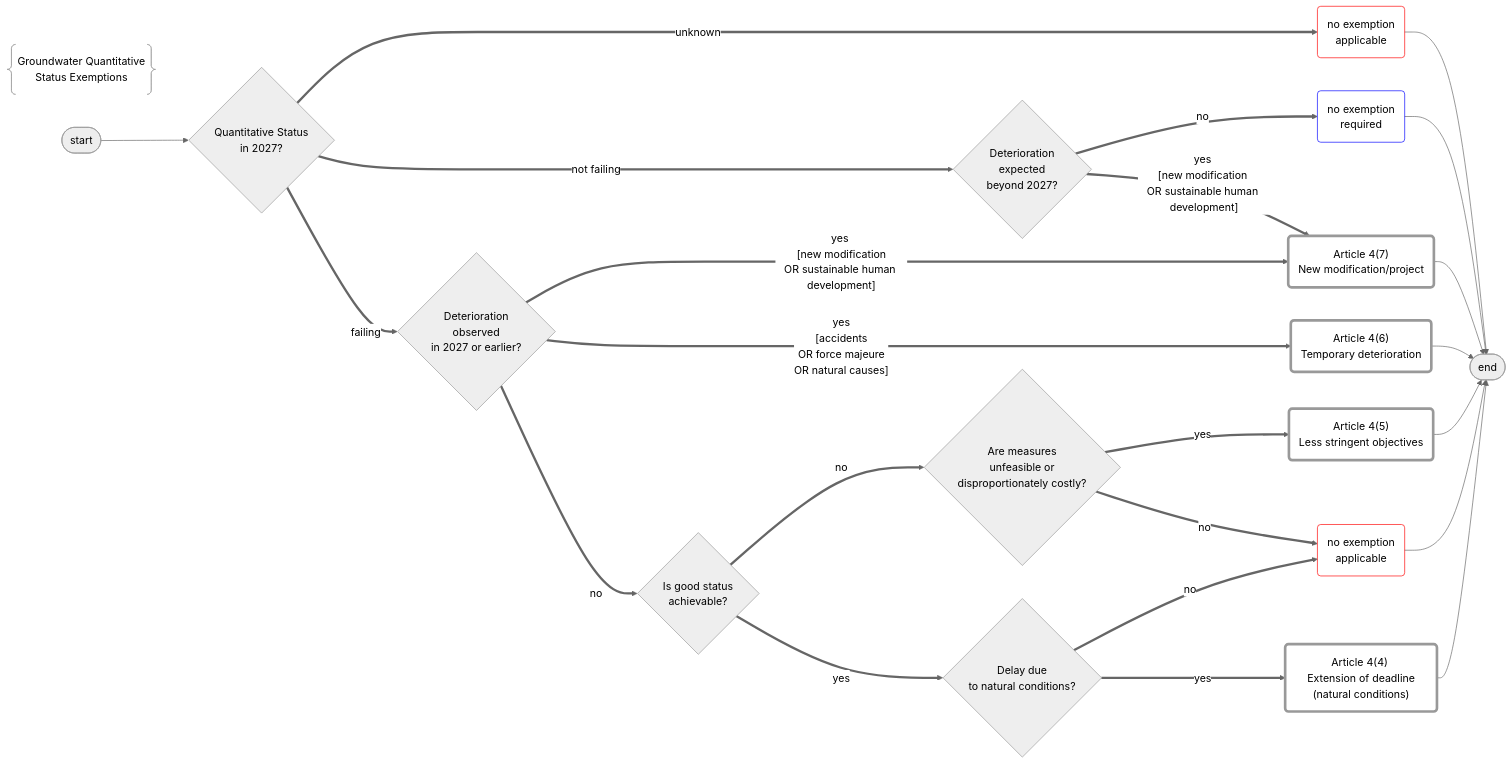
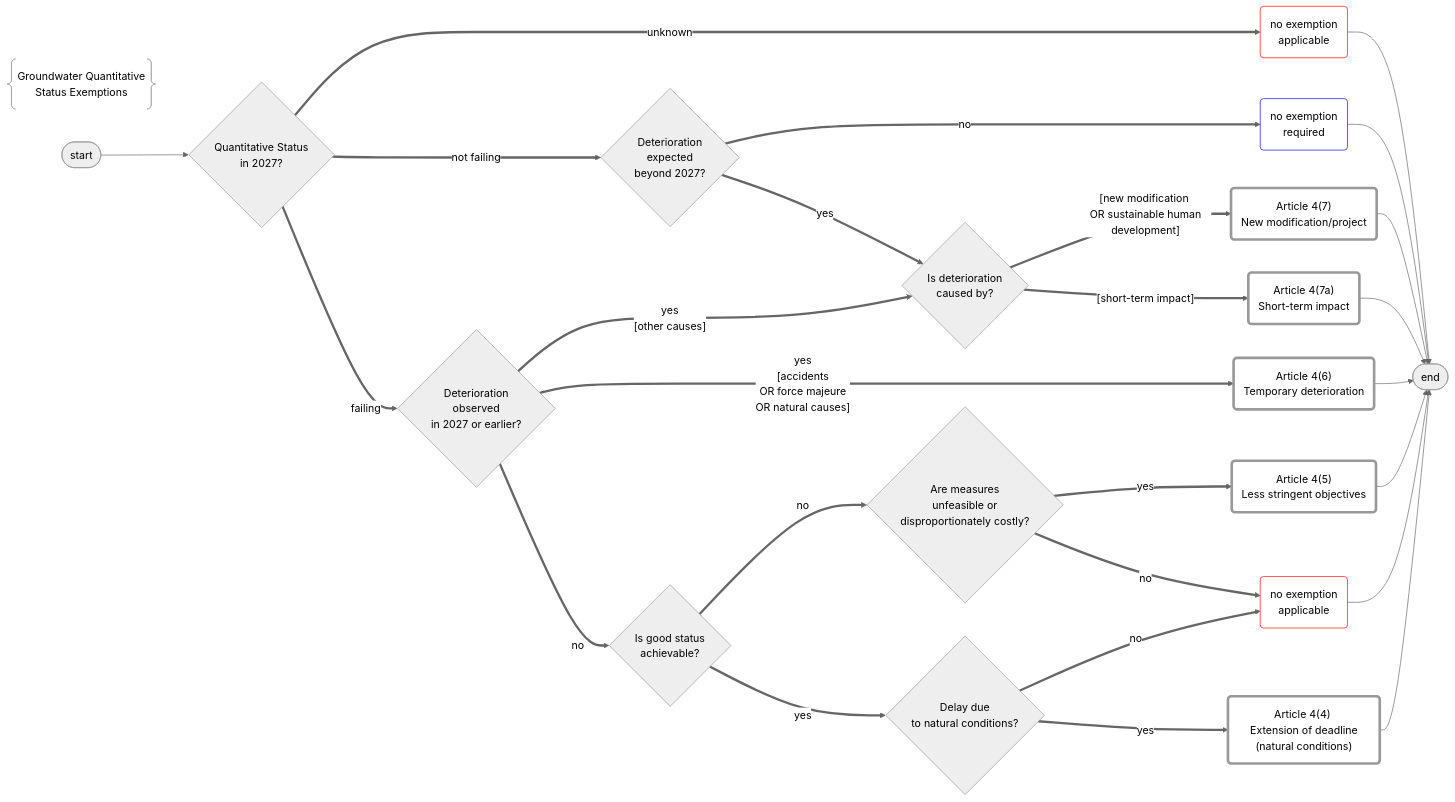
Before and after one commit to eeadata/WISE.WFD.Documentation: the diagram in docs/DataModelReview/mmd/Exemptions_QuantitativeExemption_Flowchart.mmd, drawn with Mermaid. The commit also changed 6 other files, not shown here.

```diff
--- a/docs/DataModelReview/mmd/Exemptions_QuantitativeExemption_Flowchart.mmd
+++ b/docs/DataModelReview/mmd/Exemptions_QuantitativeExemption_Flowchart.mmd
@@ -1,76 +1,81 @@
 %%{init: {'theme': 'neutral'}}%%
 
 flowchart LR
 
 %% Groundwater Quantitative Status Exemptions
 title@{ shape: braces, label: "Groundwater Quantitative <br/>Status Exemptions" }
 
 %% Defining the nodes
 		
 initial([start])
 final([end])
 
 %% duplicate nodeS for just for flowchart readability
 hasNoApplicableExemption_1("no exemption <br/>applicable"):::stateRed
 hasNoApplicableExemption_2("no exemption <br/>required"):::stateBlue
 hasNoApplicableExemption_3("no exemption <br/>applicable"):::stateRed
 
 hasExemption44n("Article 4(4) <br/> Extension of deadline (natural conditions)"):::state
 hasExemption45("Article 4(5) <br/> Less stringent objectives"):::state
 hasExemption46("Article 4(6) <br/> Temporary deterioration"):::state
 hasExemption47("Article 4(7) <br/> New modification/project"):::state
+hasExemption47a("Article 4(7a) <br/> Short-term impact"):::state
 
 %% Defining the decisions
 
 isQuantitativeStatusIn2027{"Quantitative Status <br/>in 2027?"}
 isDeteriorationExpected{"Deterioration <br/>expected <br/>beyond 2027?"}
 isDeteriorationObserved{"Deterioration <br/>observed <br/>in 2027 or earlier?"}
+isDeteriorationCause{"Is deterioration <br/> caused by?"}
 isGoodStatusAchievable{"Is good status <br/>achievable?"}
 isUnfeasibleOrCostly{"Are measures <br/>unfeasible or <br/>disproportionately costly?"}
 isDelayDueToNaturalConditions{"Delay due <br/>to natural conditions?"}
 
 %% Flow to TERMINATORS
 
 initial --> isQuantitativeStatusIn2027
 hasNoApplicableExemption_1 --> final
 hasNoApplicableExemption_2 --> final
 hasNoApplicableExemption_3 --> final
 hasExemption47 --> final 
+hasExemption47a --> final 
 hasExemption46 --> final 
 hasExemption45 --> final 
 hasExemption44n --> final 
 
 %% THE IMPORTANT PART STARTS HERE
 
 %% NO EXEMPTION POSSIBLE - If the status is unknown, then exemptions cannot be reported
 isQuantitativeStatusIn2027 ==>|unknown|hasNoApplicableExemption_1
 
 %% NO EXEMPTION NEEDED - if the status is not failing and no deterioration is expected, then no exemption is needed
 isQuantitativeStatusIn2027 ==>|not failing|isDeteriorationExpected
 isDeteriorationExpected ==>|no|hasNoApplicableExemption_2
 
 %% ARTICLE 4(7) - DETERIORATION DUE TO NEW MODIFICATION OR PROJECT
-isDeteriorationExpected ==>|"yes <br/>[new modification <br/>OR sustainable human development]"|hasExemption47
+isDeteriorationExpected ==> |yes|isDeteriorationCause
+isDeteriorationCause ==> |"[new modification <br/> OR sustainable human development]"|hasExemption47
+isDeteriorationCause ==> |"[short-term impact]"|hasExemption47a
 
 %% ARTICLE 4(6) - DETERIORATION DUE TO ACCIDENTS OR FORCE MAJEURE OR NATURAL CAUSES
 isQuantitativeStatusIn2027 ==>|failing|isDeteriorationObserved
-isDeteriorationObserved ==>|"yes <br/> [new modification <br/>OR sustainable human development]"|hasExemption47
-isDeteriorationObserved ==>|"yes <br/> [accidents <br/>OR force majeure <br/>OR natural causes]"|hasExemption46
+isDeteriorationObserved ==>|"yes <br/>[other causes]"|isDeteriorationCause
+isDeteriorationObserved ==>|"yes <br/>[accidents <br/>OR force majeure <br/>OR natural causes]"|hasExemption46
 isDeteriorationObserved ==>|no|isGoodStatusAchievable
 
 %% ARTICLE 4(5) - LESS STRINGENT OBJECTIVES
 isGoodStatusAchievable ==>|no|isUnfeasibleOrCostly
 isUnfeasibleOrCostly ==> |yes|hasExemption45
 isUnfeasibleOrCostly ==> |no|hasNoApplicableExemption_3
 
 %% ARTICLE 4(4) EXTENSION OF DEADLINE - NATURAL CONDITIONS
 isGoodStatusAchievable ==>|yes|isDelayDueToNaturalConditions
 
 %% ARTICLE 4(5) EXTENSION OF DEADLINE - FEASIBILITY OR COST - NO EXEMPTION POSSIBLE
 isDelayDueToNaturalConditions ==>|no|hasNoApplicableExemption_3
 isDelayDueToNaturalConditions ==>|yes|hasExemption44n
 
 %% styling
 classDef state stroke-width:4px,fill:transparent
 classDef stateRed stroke:red,fill:transparent
 classDef stateBlue stroke:blue,fill:transparent
```
